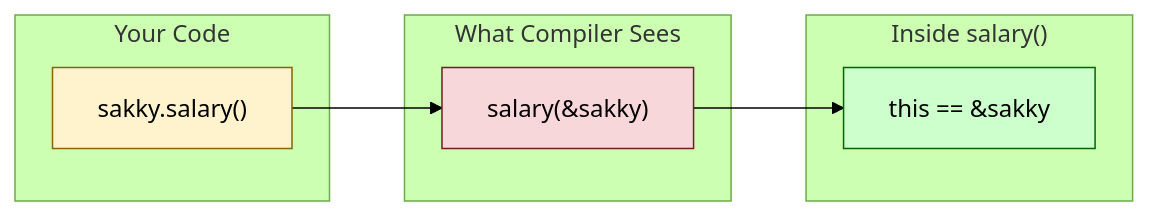
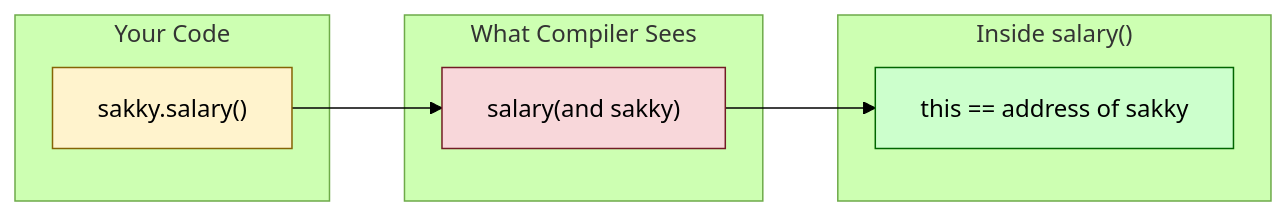
One commit to sakshamsontakke/Mastering-CPP changed diagram 15 of 22 in 02-Object-Oriented-Programming/40_masteringPointersAndDynamicMemory.md. Above: the diagram before and after it, drawn with Mermaid (forest theme). The commit also changed other lines of this file, not shown here.

````diff
--- a/02-Object-Oriented-Programming/40_masteringPointersAndDynamicMemory.md
+++ b/02-Object-Oriented-Programming/40_masteringPointersAndDynamicMemory.md
@@ -612,18 +605,18 @@
 ```mermaid
 flowchart LR
     subgraph YourCode["Your Code"]
         CALL["sakky.salary()"]
     end
     subgraph Compiler["What Compiler Sees"]
-        INTERNAL["salary(&sakky)"]
+        INTERNAL["salary(and sakky)"]
     end
     subgraph Inside["Inside salary()"]
-        THIS["this == &sakky"]
+        THIS["this == address of sakky"]
     end
 
     CALL --> INTERNAL --> THIS
 
     style CALL fill:#fff3cd,stroke:#856404,color:#000
     style INTERNAL fill:#f8d7da,stroke:#721c24,color:#000
     style THIS fill:#ccffcc,stroke:#006600,color:#000
 ```
````
